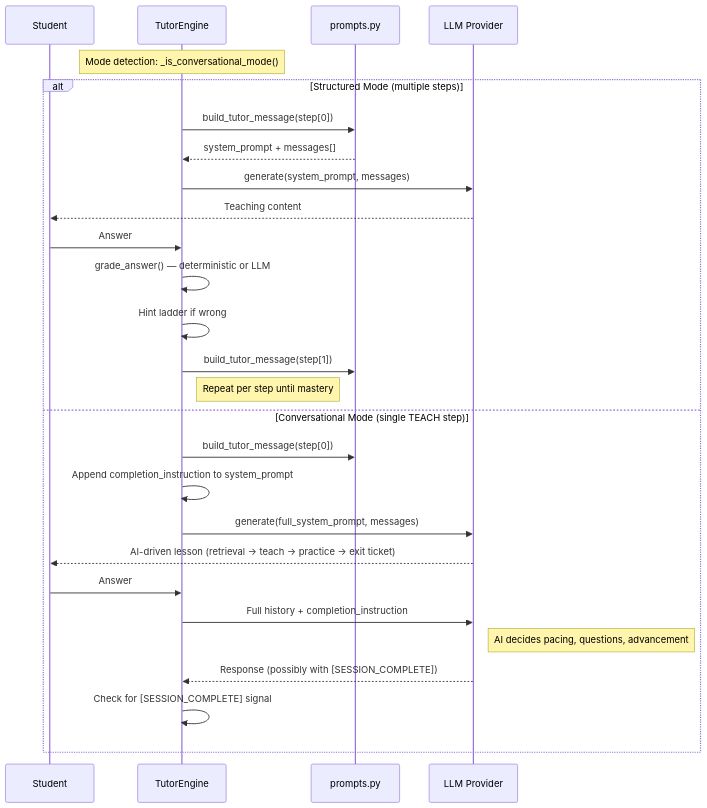
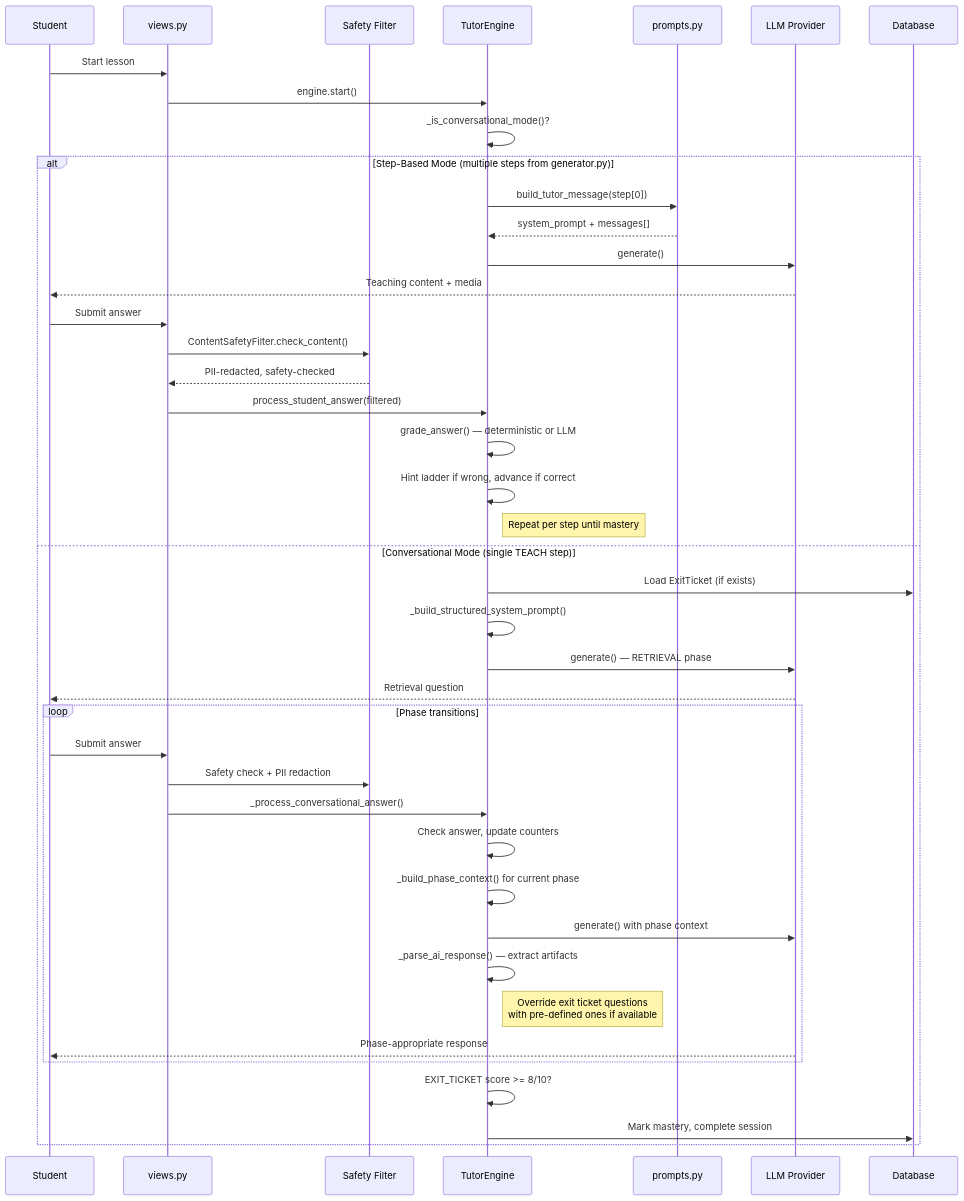
The third of 11 diagrams in design/PROMPT_AND_CURRICULUM_DEEP_DIVE.md (eai6/ai-tutor), drawn with Mermaid before and after one commit. The commit also changed other lines of this file, not shown here.

First line of the commit message:
Update deep dive design doc with new code analysis (generator, engine, exit tickets)

````diff
--- a/design/PROMPT_AND_CURRICULUM_DEEP_DIVE.md
+++ b/design/PROMPT_AND_CURRICULUM_DEEP_DIVE.md
@@ -62,31 +116,47 @@
 ```mermaid
 sequenceDiagram
     participant S as Student
+    participant V as views.py
+    participant SF as Safety Filter
     participant E as TutorEngine
     participant P as prompts.py
     participant LLM as LLM Provider
+    participant DB as Database
 
-    Note over E: Mode detection: _is_conversational_mode()
+    S->>V: Start lesson
+    V->>E: engine.start()
+    E->>E: _is_conversational_mode()?
 
-    alt Structured Mode (multiple steps)
+    alt Step-Based Mode (multiple steps from generator.py)
         E->>P: build_tutor_message(step[0])
         P-->>E: system_prompt + messages[]
-        E->>LLM: generate(system_prompt, messages)
-        LLM-->>S: Teaching content
-        S->>E: Answer
+        E->>LLM: generate()
+        LLM-->>S: Teaching content + media
+        S->>V: Submit answer
+        V->>SF: ContentSafetyFilter.check_content()
+        SF-->>V: PII-redacted, safety-checked
+        V->>E: process_student_answer(filtered)
         E->>E: grade_answer() — deterministic or LLM
-        E->>E: Hint ladder if wrong
-        E->>P: build_tutor_message(step[1])
+        E->>E: Hint ladder if wrong, advance if correct
         Note right of E: Repeat per step until mastery
+
     else Conversational Mode (single TEACH step)
-        E->>P: build_tutor_message(step[0])
-        E->>E: Append completion_instruction to system_prompt
-        E->>LLM: generate(full_system_prompt, messages)
-        LLM-->>S: AI-driven lesson (retrieval → teach → practice → exit ticket)
-        S->>E: Answer
-        E->>LLM: Full history + completion_instruction
-        Note right of LLM: AI decides pacing, questions, advancement
-        LLM-->>E: Response (possibly with [SESSION_COMPLETE])
-        E->>E: Check for [SESSION_COMPLETE] signal
+        E->>DB: Load ExitTicket (if exists)
+        E->>E: _build_structured_system_prompt()
+        E->>LLM: generate() — RETRIEVAL phase
+        LLM-->>S: Retrieval question
+        loop Phase transitions
+            S->>V: Submit answer
+            V->>SF: Safety check + PII redaction
+            V->>E: _process_conversational_answer()
+            E->>E: Check answer, update counters
+            E->>E: _build_phase_context() for current phase
+            E->>LLM: generate() with phase context
+            E->>E: _parse_ai_response() — extract artifacts
+            Note right of E: Override exit ticket questions<br/>with pre-defined ones if available
+            LLM-->>S: Phase-appropriate response
+        end
+        E->>E: EXIT_TICKET score >= 8/10?
+        E->>DB: Mark mastery, complete session
     end
 ```
````
